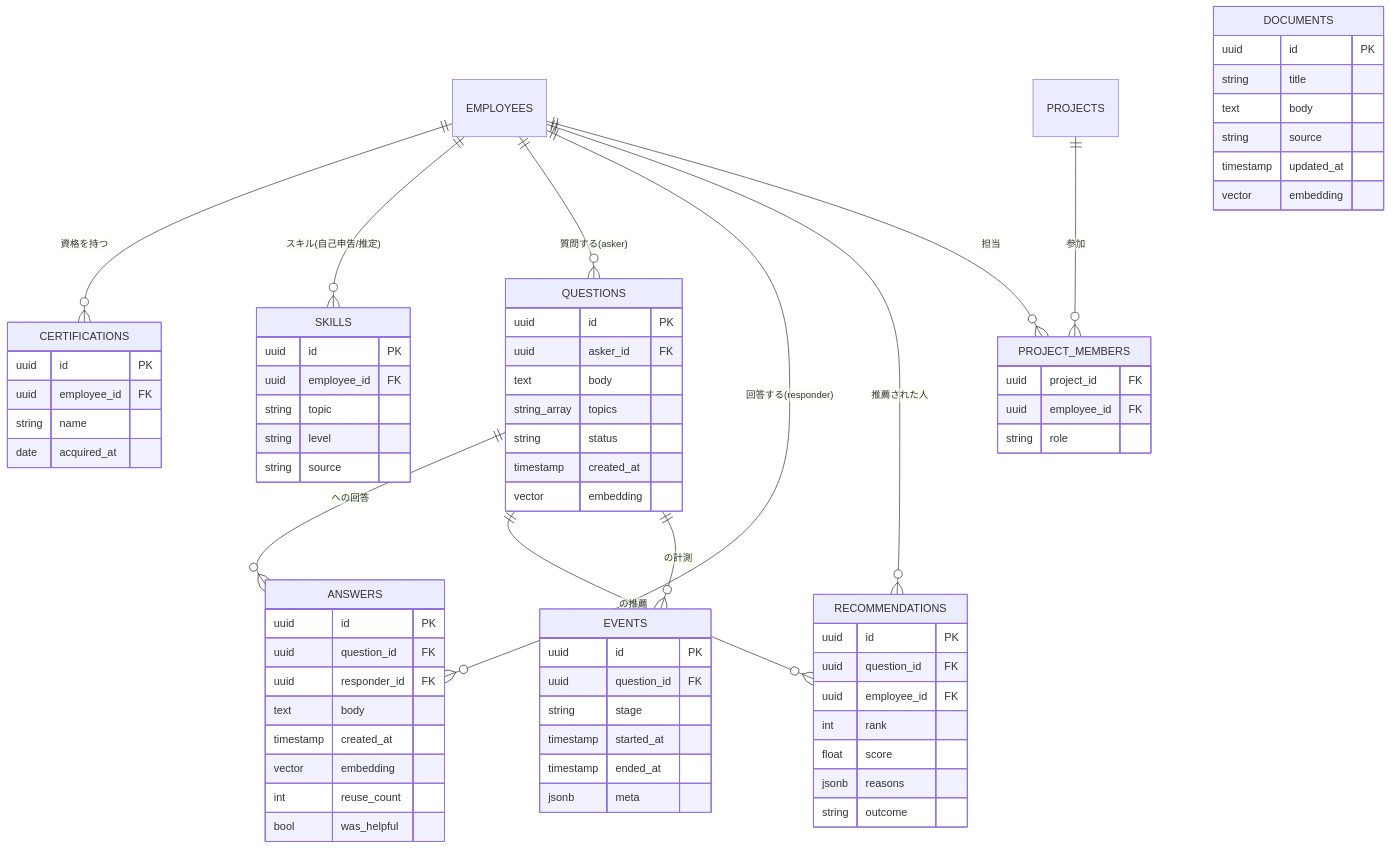
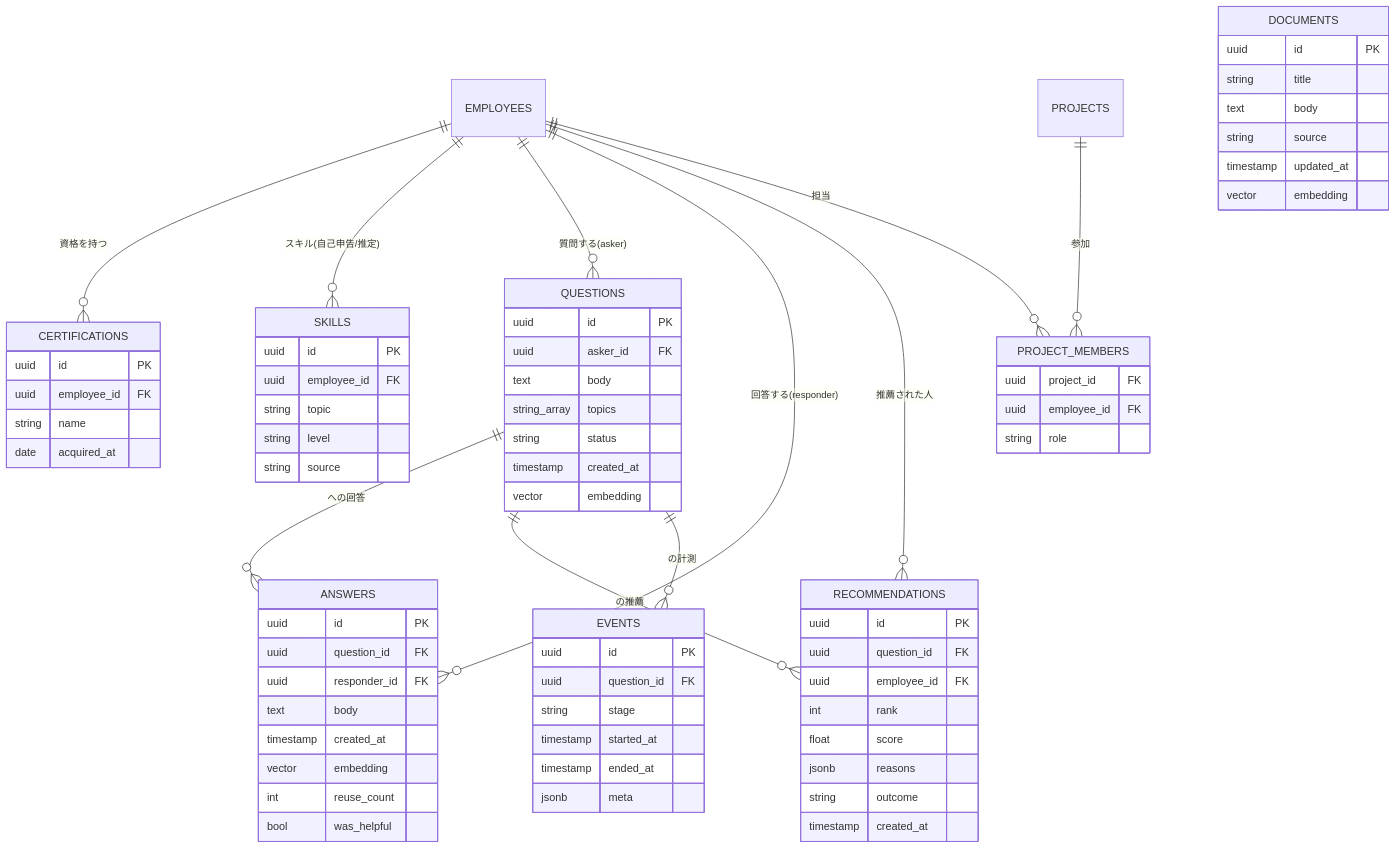
Before and after one commit to shiyow5/TEKIJIN: the second of 3 diagrams in docs/specs/db-schema.md, drawn with Mermaid. The commit also changed other lines of this file and 4 other files, not shown here.

````diff
--- a/docs/specs/db-schema.md
+++ b/docs/specs/db-schema.md
@@ -160,76 +160,77 @@
 ```mermaid
 erDiagram
   EMPLOYEES ||--o{ CERTIFICATIONS : "資格を持つ"
   EMPLOYEES ||--o{ SKILLS : "スキル(自己申告/推定)"
   EMPLOYEES ||--o{ QUESTIONS : "質問する(asker)"
   EMPLOYEES ||--o{ ANSWERS : "回答する(responder)"
   QUESTIONS ||--o{ ANSWERS : "への回答"
   QUESTIONS ||--o{ RECOMMENDATIONS : "の推薦"
   EMPLOYEES ||--o{ RECOMMENDATIONS : "推薦された人"
   QUESTIONS ||--o{ EVENTS : "の計測"
   PROJECTS ||--o{ PROJECT_MEMBERS : "参加"
   EMPLOYEES ||--o{ PROJECT_MEMBERS : "担当"
 
   CERTIFICATIONS {
     uuid id PK
     uuid employee_id FK
     string name
     date acquired_at
   }
   SKILLS {
     uuid id PK
     uuid employee_id FK
     string topic
     string level
     string source
   }
   QUESTIONS {
     uuid id PK
     uuid asker_id FK
     text body
     string_array topics
     string status
     timestamp created_at
     vector embedding
   }
   ANSWERS {
     uuid id PK
     uuid question_id FK
     uuid responder_id FK
     text body
     timestamp created_at
     vector embedding
     int reuse_count
     bool was_helpful
   }
   RECOMMENDATIONS {
     uuid id PK
     uuid question_id FK
     uuid employee_id FK
     int rank
     float score
     jsonb reasons
     string outcome
+    timestamp created_at
   }
   EVENTS {
     uuid id PK
     uuid question_id FK
     string stage
     timestamp started_at
     timestamp ended_at
     jsonb meta
   }
   PROJECT_MEMBERS {
     uuid project_id FK
     uuid employee_id FK
     string role
   }
   DOCUMENTS {
     uuid id PK
     string title
     text body
     string source
     timestamp updated_at
     vector embedding
   }
 ```
````
